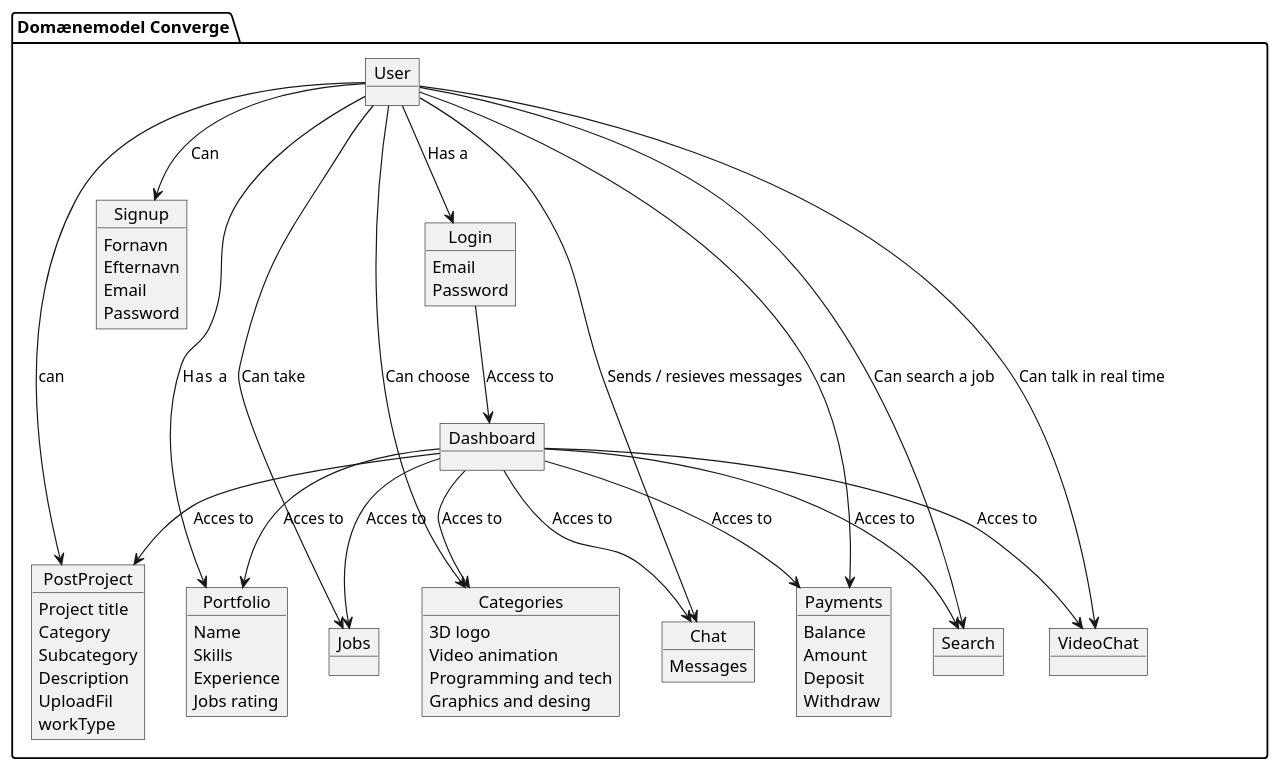
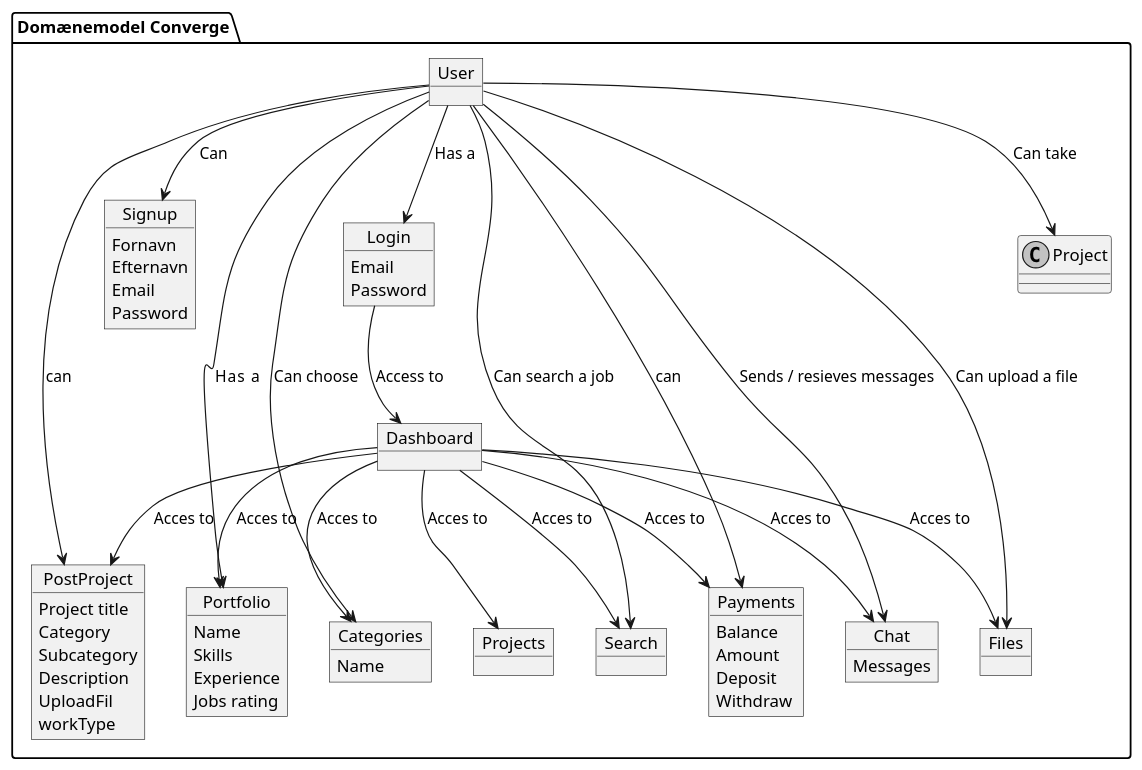
Before and after one commit to converge-app/diagrams: the diagram in src/software-architecture/domain-model.pu, drawn with PlantUML. The commit also changed 1 other file, not shown here.

```diff
--- a/src/software-architecture/domain-model.pu
+++ b/src/software-architecture/domain-model.pu
@@ -1,79 +1,76 @@
 @startuml
 
 skinparam monochrome true
 
 package "Domænemodel Converge" {
 object User
 object Login{
    Email
   Password 
   
   }
 
 object Signup{
    Fornavn
   Efternavn
   Email
  Password 
   }
 object Portfolio{
   Name
   Skills
   Experience
   Jobs rating
   }
 object Categories{
-  3D logo
-  Video animation
-  Programming and tech
-  Graphics and desing
+  Name
   }
 object PostProject{
   Project title
   Category
   Subcategory
   Description
   UploadFil
   workType
   }
-object Jobs
+object Projects
 object Chat{
   Messages
   }
-object VideoChat
+object Files
 object Payments{
   Balance
   Amount
   Deposit
   Withdraw
   }
 object Search
 object Dashboard
 
 
 User --> Login: Has a
 User --> Signup: Can
 User --> Portfolio: Has  a 
 User --> Categories: Can choose
 User --> PostProject: can 
-User --> Jobs: Can take 
+User --> Project: Can take 
 User --> Chat: Sends / resieves messages
-User --> VideoChat: Can talk in real time
+User --> Files: Can upload a file
 User --> Payments: can
 User --> Search: Can search a job 
   
 
 
 Login --> Dashboard: Access to
 Dashboard --> Portfolio:  Acces to
 Dashboard --> Chat:  Acces to
-Dashboard --> VideoChat:  Acces to
-Dashboard --> Jobs:  Acces to
+Dashboard --> Files:  Acces to
+Dashboard --> Projects:  Acces to
 Dashboard --> Categories: Acces to
 Dashboard --> Payments:  Acces to
 Dashboard --> Search:  Acces to
 Dashboard --> PostProject:  Acces to
   
 }
 
 @enduml
```
